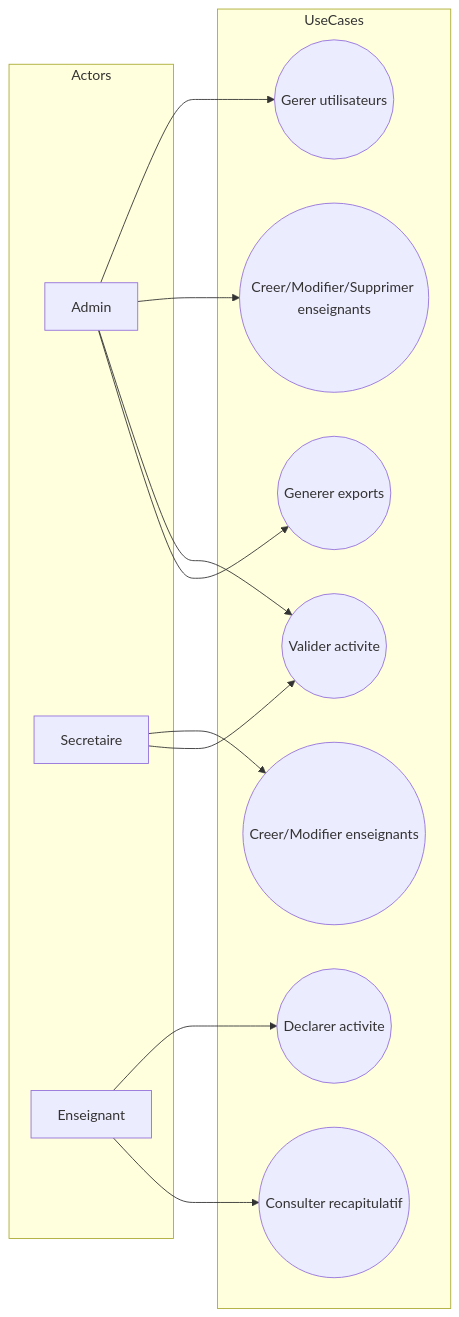
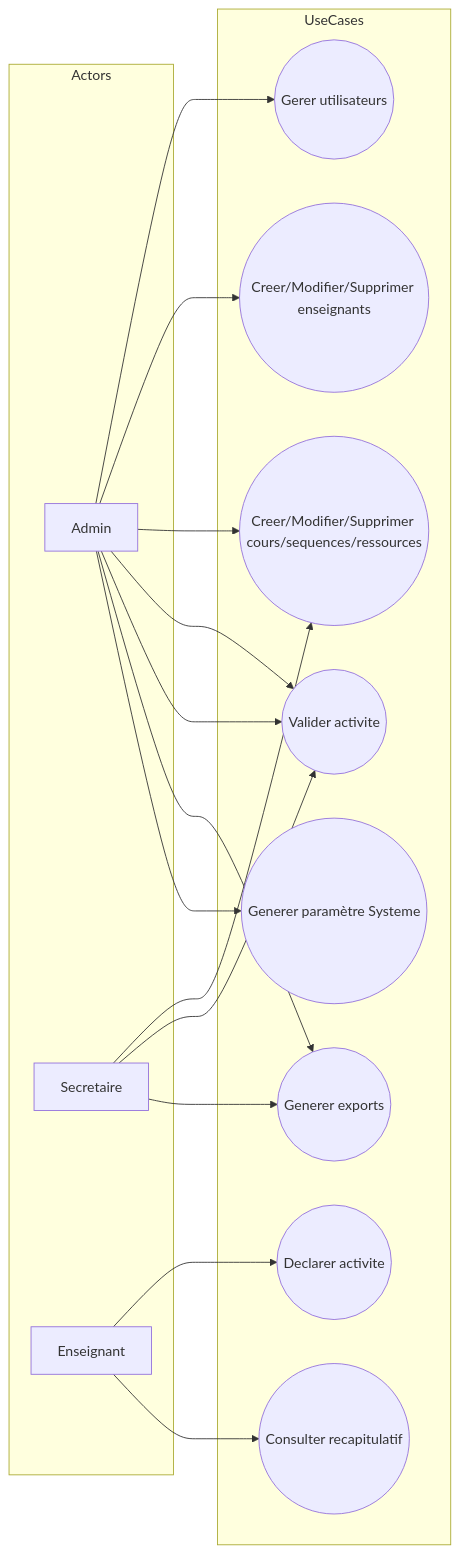
The diagram in docs/assets/usecase-diagram.mmd (Drizain2/pct-gestion-heures), drawn with Mermaid before and after one commit. The commit also changed 1 other file, not shown here.

```diff
--- a/docs/assets/usecase-diagram.mmd
+++ b/docs/assets/usecase-diagram.mmd
@@ -1,25 +1,30 @@
 graph LR
     subgraph Actors
         A[Admin]
         S[Secretaire]
         E[Enseignant]
     end
 
     subgraph UseCases
         U1((Gerer utilisateurs))
         U2((Creer/Modifier/Supprimer enseignants))
-        U3((Creer/Modifier enseignants))
+        U3((Creer/Modifier/Supprimer cours/sequences/ressources))
         U4((Declarer activite))
         U5((Valider activite))
         U6((Consulter recapitulatif))
         U7((Generer exports))
+        U8((Generer paramètre Systeme))
     end
 
     A --> U1
     A --> U2
+    A --> U3
+    A --> U5
     S --> U3
     E --> U4
     A --> U5
     S --> U5
+    S --> U7
     E --> U6
     A --> U7
+    A --> U8
```
